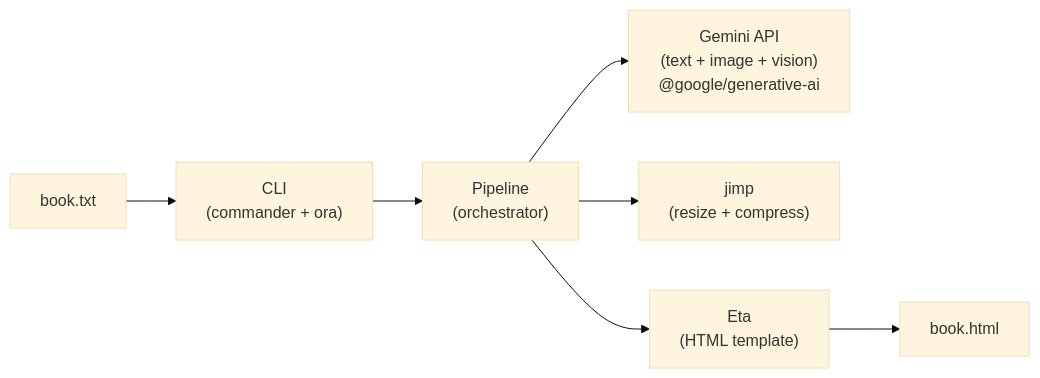
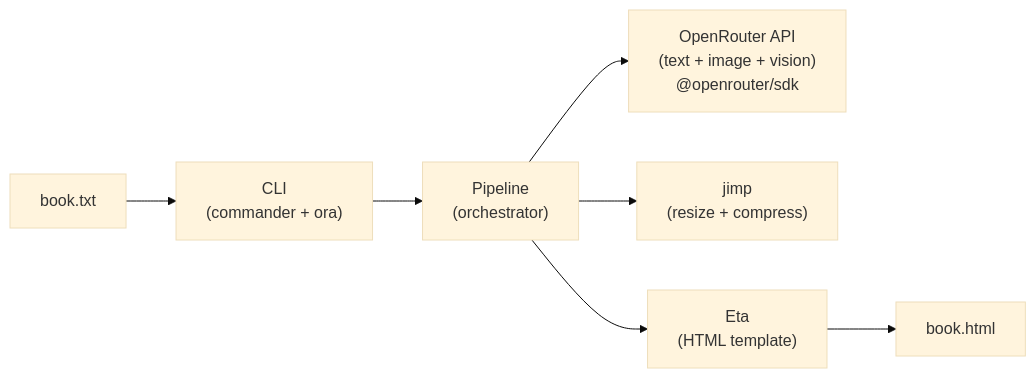
The second of 6 diagrams in docs/roadmap.md (tormozz48/Illustrator), drawn with Mermaid (base theme) before and after one commit. The commit also changed other lines of this file and 13 other files, not shown here.

First line of the commit message:
Replace Gemini SDK with OpenRouter adapter

````diff
--- a/docs/roadmap.md
+++ b/docs/roadmap.md
@@ -75,9 +75,9 @@
 ```mermaid
 graph LR
     TXT["book.txt"] --> CLI["CLI<br/>(commander + ora)"]
     CLI --> PIPE["Pipeline<br/>(orchestrator)"]
-    PIPE --> GEMINI["Gemini API<br/>(text + image + vision)<br/>@google/generative-ai"]
+    PIPE --> OR["OpenRouter API<br/>(text + image + vision)<br/>@openrouter/sdk"]
     PIPE --> JIMP["jimp<br/>(resize + compress)"]
     PIPE --> ETA["Eta<br/>(HTML template)"]
     ETA --> HTML["book.html"]
 ```
````
